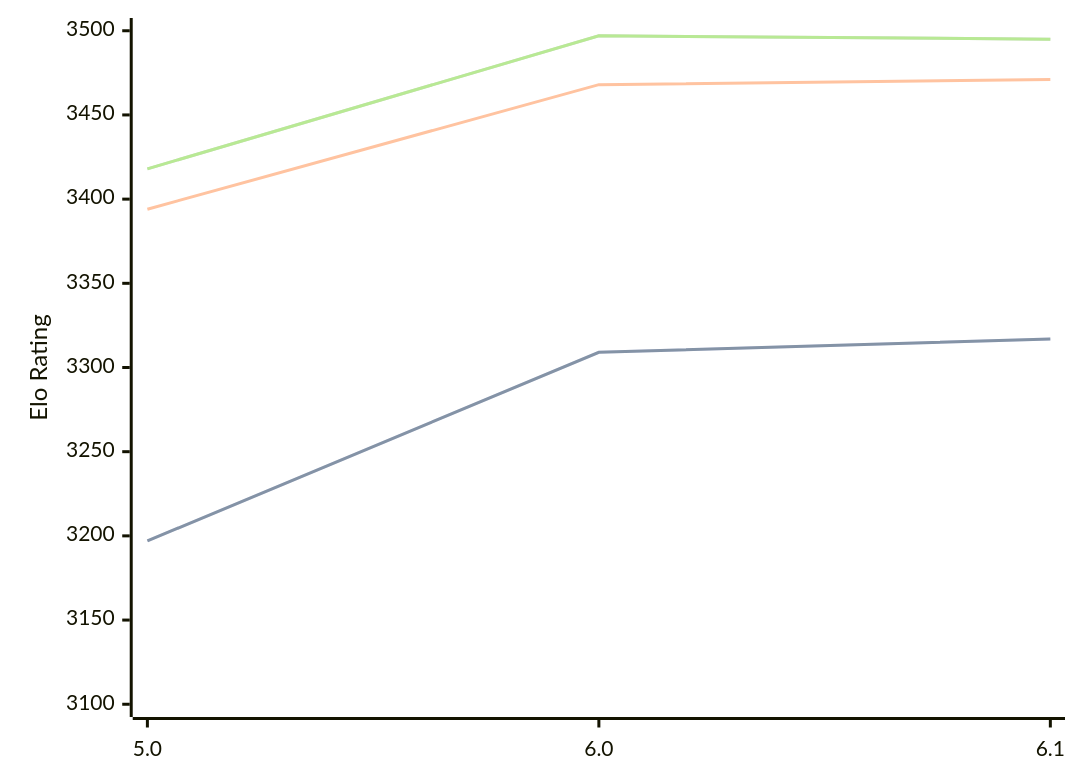
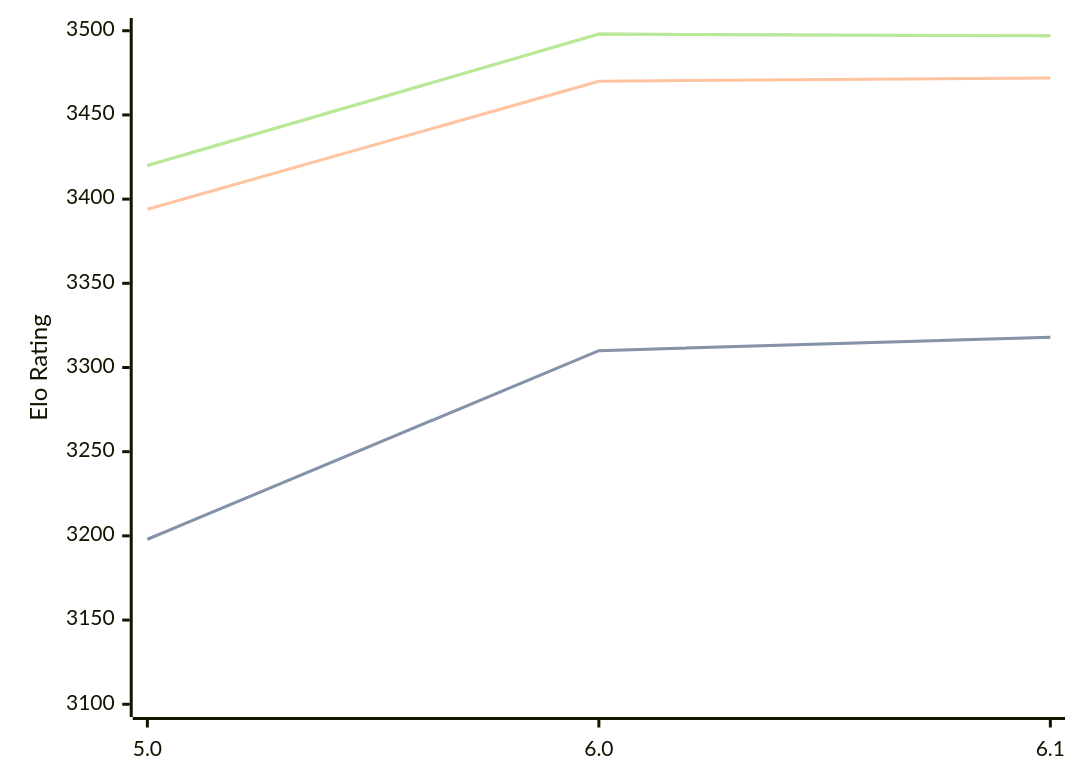
Before and after one commit to computer-chess-index/cci: the first of 3 diagrams in engines/Starzix.md, drawn with Mermaid. The commit also changed other lines of this file, not shown here.

Commit message:
Update CCI Ratings (ELO VLTC) - 2026-06-23

````diff
--- a/engines/Starzix.md
+++ b/engines/Starzix.md
@@ -37,11 +37,11 @@
 ```mermaid
 %%{init: {"theme":"base","themeVariables":{"seriesColors:['#a3a3a3','#222221','#faa371']}}}%%
 xychart-beta
   x-axis ["5.0", "6.0", "6.1"]
   y-axis "Elo Rating" 3100 --> 3500
-  line "STC (8.0+0.08s)" [3197, 3309, 3317]
-  line "STC (8.0+0.08s)" [3197, 3309, 3317]
-  line "LTC (60.0+0.60s)" [3394, 3468, 3471]
-  line "VLTC (2m24s+1.12s)" [3418, 3497, 3495]
-  line "VLTC (2m24s+1.12s)" [3418, 3497, 3495]
+  line "STC (8.0+0.08s)" [3198, 3310, 3318]
+  line "STC (8.0+0.08s)" [3198, 3310, 3318]
+  line "LTC (60.0+0.60s)" [3394, 3470, 3472]
+  line "VLTC (2m24s+1.12s)" [3420, 3498, 3497]
+  line "VLTC (2m24s+1.12s)" [3420, 3498, 3497]
 ```
````
